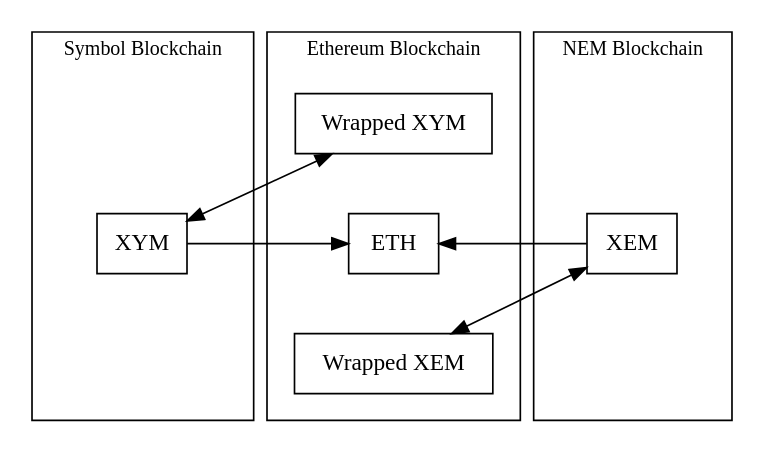
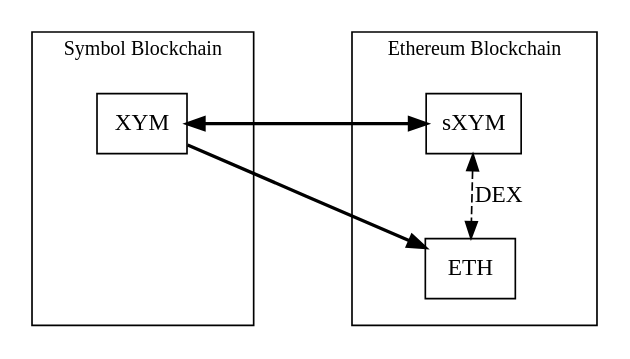
The first of 3 diagrams in mkdocs/pages/en/textbook/bridge.md (symbol/symbol), drawn with Graphviz before and after one commit. The commit also changed other lines of this file and 1 other file, not shown here.

````diff
--- a/mkdocs/pages/en/textbook/bridge.md
+++ b/mkdocs/pages/en/textbook/bridge.md
@@ -19,57 +18,41 @@
 ```dot
 digraph BridgeTokens {
     rankdir="TB";
     newrank=true;
     node [shape=rect];
     fontsize=12;
 
     subgraph clusterSymbol {
         label="Symbol Blockchain";
+        tooltip="Symbol Blockchain";
 
         subgraph clusterSymbolInner {
             label="";
+            tooltip="Symbol Blockchain";
             style=invis;
-            xym [label="XYM"];
+            xym [label="XYM" tooltip="XYM"];
             dummy1 [style=invis label="XYM"];
-            dummy2 [style=invis label="XYM"];
 
-            dummy1->xym->dummy2 [style=invis];
+            xym->dummy1 [style=invis];
         }
     }
 
     subgraph clusterEthereum {
         label="Ethereum Blockchain";
+        tooltip="Ethereum Blockchain";
 
         subgraph clusterEthereumInner {
             label="";
+            tooltip="Ethereum Blockchain";
             style=invis;
-            eth [label="ETH"];
-            wxym [label="Wrapped XYM"];
-            wxem [label="Wrapped XEM"];
+            eth [label="ETH" tooltip="ETH"];
+            sxym [label="sXYM" tooltip="Staked XYM"];
 
-            wxym->eth->wxem [style=invis];
+            sxym->eth [dir=both label="DEX" labeltooltip="Decentralized Exchange" style=dashed class=disabled];
         }
     }
 
-    subgraph clusterNEM {
-        label="NEM Blockchain";
-
-        subgraph clusterNEMInner {
-            label="";
-            style=invis;
-            xem [label="XEM"];
-            dummy3 [style=invis label="XYM"];
-            dummy4 [style=invis label="XYM"];
-
-            dummy3->xem->dummy4 [style=invis];
-        }
-    }
-
-    { rank=same; xym; eth; xem; }
-
-    xym -> eth [constraint=false];
-    xym -> wxym [dir=both constraint=false];
-    xem -> eth [constraint=false];
-    xem -> wxem [dir=both constraint=false];
+    xym -> eth [constraint=false penwidth=2];
+    xym -> sxym [dir=both constraint=false penwidth=2 minlen=4];
 }
 ```
````
